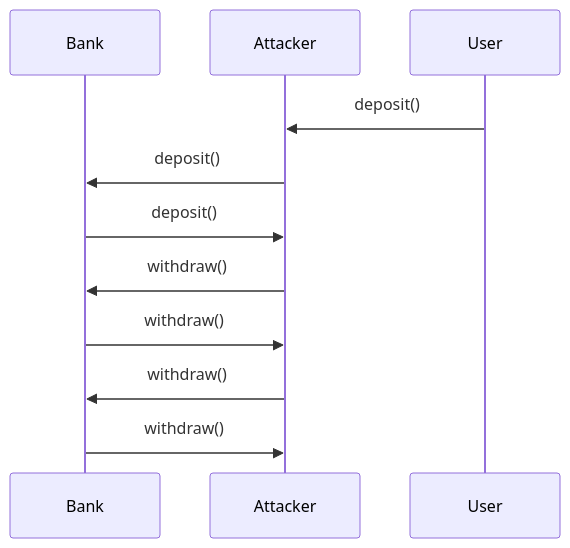
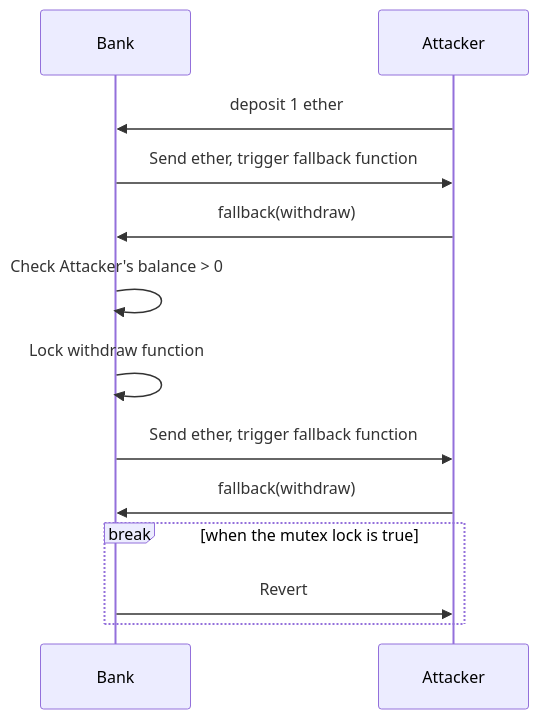
Before and after one commit to GaryHo34/blockchain-project: the fourth of 6 diagrams in README.md, drawn with Mermaid. The commit also changed other lines of this file, not shown here.

````diff
--- a/README.md
+++ b/README.md
@@ -72,12 +74,15 @@
 ```mermaid
 sequenceDiagram
-    participant Bank
+ participant Bank
     participant Attacker
-    User->>Attacker: deposit()
-    Attacker->>Bank: deposit()
-    Bank->>Attacker: deposit()
-    Attacker->>Bank: withdraw()
-    Bank->>Attacker: withdraw()
-    Attacker->>Bank: withdraw()
-    Bank->>Attacker: withdraw()
+    Attacker->>Bank: deposit 1 ether
+    Bank->>Attacker: Send ether, trigger fallback function
+    Attacker->>Bank: fallback(withdraw)
+    Bank->>Bank: Check Attacker's balance > 0
+    Bank->>Bank: Lock withdraw function
+    Bank->>Attacker: Send ether, trigger fallback function
+    Attacker->>Bank: fallback(withdraw)
+    Break when the mutex lock is true
+        Bank->>Attacker: Revert
+    end
 ```
````
